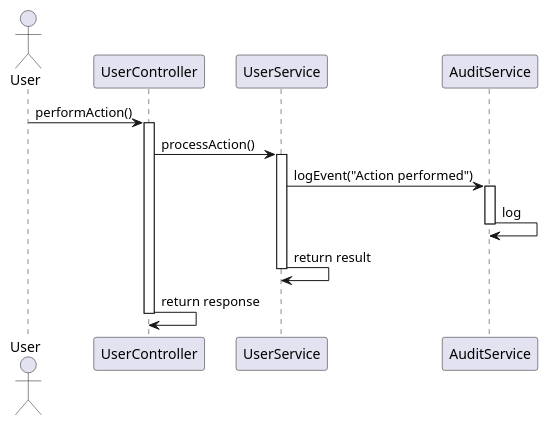
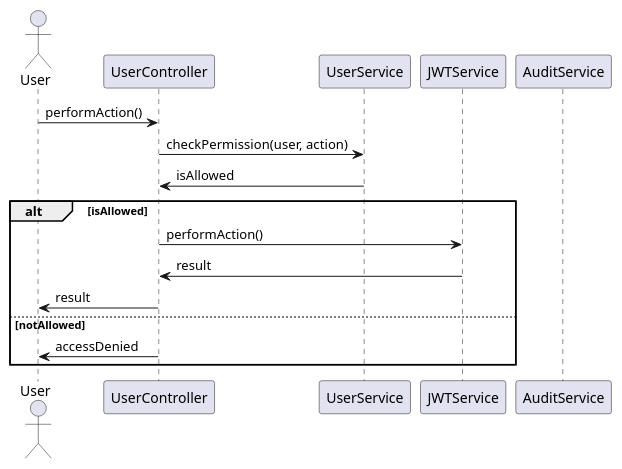
The fourth of 6 diagrams in identityprovider/documentation/detaileddesign.adoc (Dinesh-s95/AutoDoc.ai), drawn with PlantUML before and after one commit. The commit also changed other lines of this file and 4 other files, not shown here.

````diff
--- a/identityprovider/documentation/detaileddesign.adoc
+++ b/identityprovider/documentation/detaileddesign.adoc
@@ -389,26 +368,20 @@
-[plantuml, "business-process-sequence", png]
-----
+```plantuml
 @startuml
 actor User
 participant UserController
 participant UserService
+participant JWTService
 participant AuditService
 
 User -> UserController : performAction()
-activate UserController
-
-UserController -> UserService : processAction()
-activate UserService
-
-UserService -> AuditService : logEvent("Action performed")
-activate AuditService
-AuditService -> AuditService : log
-deactivate AuditService
-
-UserService -> UserService : return result
-deactivate UserService
-
-UserController -> UserController : return response
-deactivate UserController
+UserController -> UserService : checkPermission(user, action)
+UserService -> UserController : isAllowed
+alt isAllowed
+    UserController -> JWTService : performAction()
+    JWTService -> UserController : result
+    UserController -> User : result
+else notAllowed
+    UserController -> User : accessDenied
+end
 @enduml
-----
+```
````
